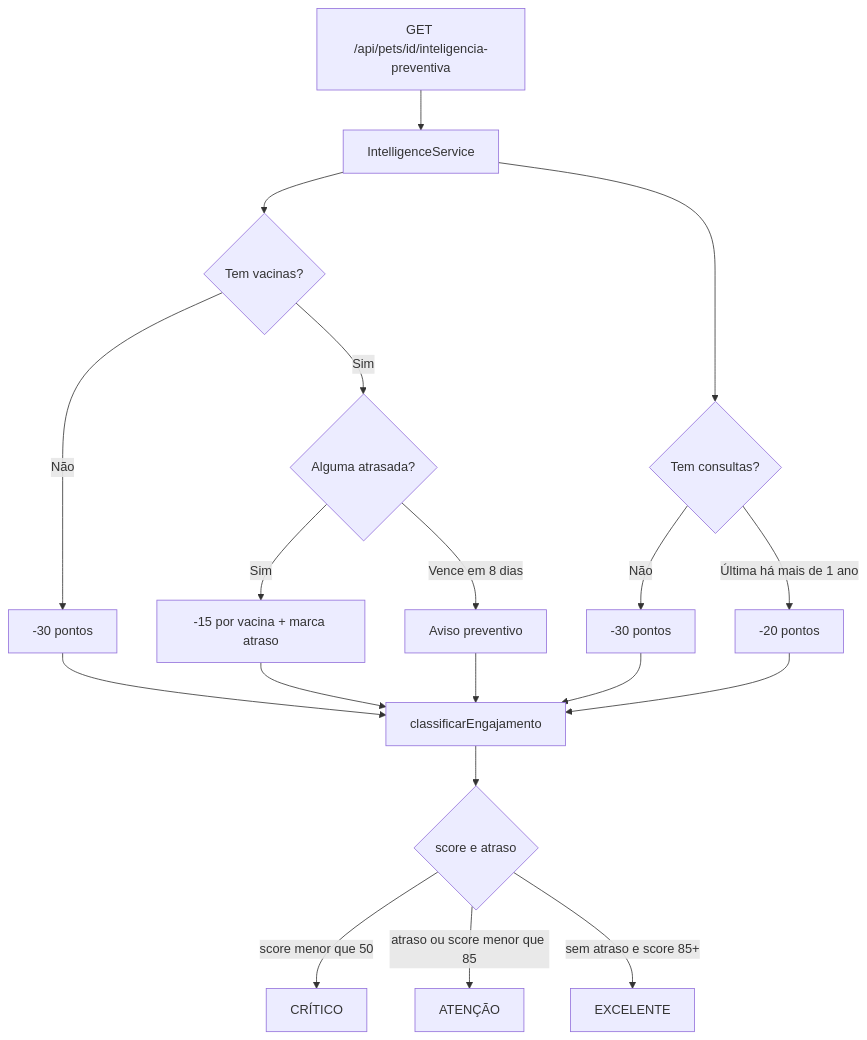
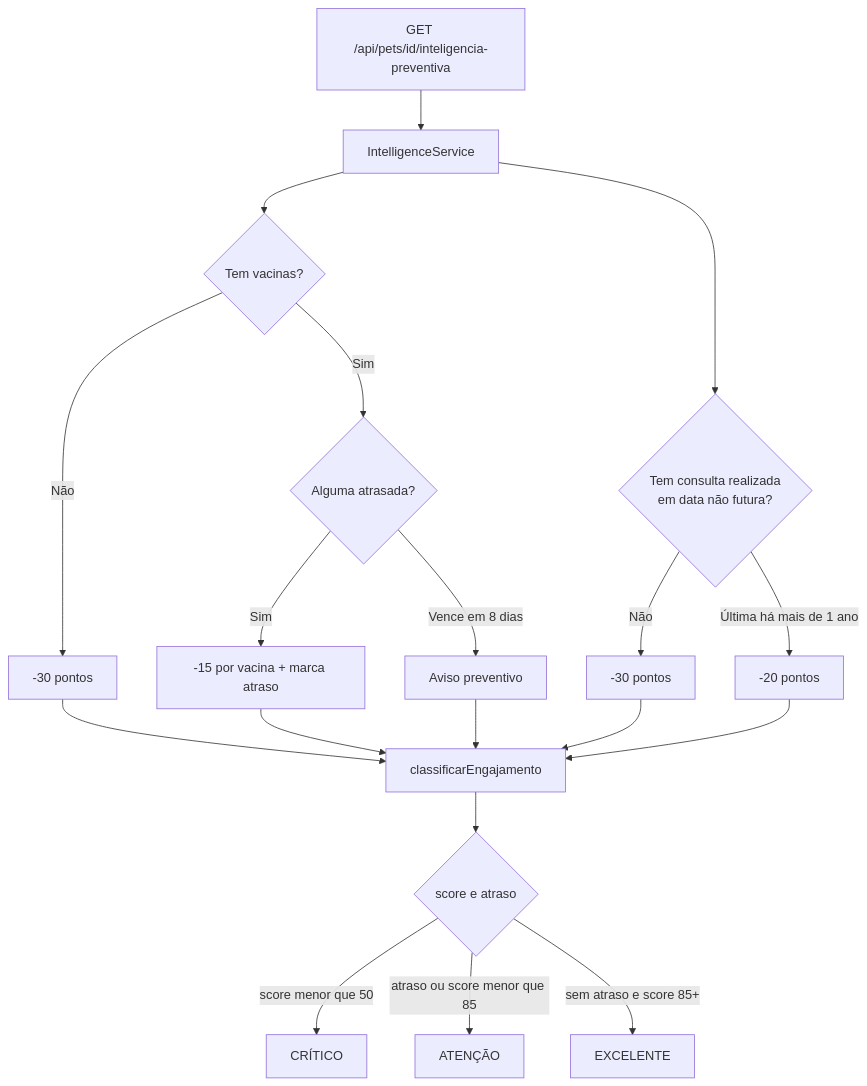
One commit to gabriel-g-dev/clyvovet-java changed the sixth of 7 diagrams in documents/diagramas.md. Above: the diagram before and after it, drawn with Mermaid. The commit also changed other lines of this file and 52 other files, not shown here.

````diff
--- a/documents/diagramas.md
+++ b/documents/diagramas.md
@@ -288,17 +291,17 @@
 ```mermaid
 flowchart TD
     A[GET /api/pets/id/inteligencia-preventiva] --> B[IntelligenceService]
     B --> C{Tem vacinas?}
     C -->|Não| C1[-30 pontos]
     C -->|Sim| C2{Alguma atrasada?}
     C2 -->|Sim| C3[-15 por vacina + marca atraso]
     C2 -->|Vence em 8 dias| C4[Aviso preventivo]
-    B --> D{Tem consultas?}
+    B --> D{Tem consulta realizada<br/>em data não futura?}
     D -->|Não| D1[-30 pontos]
     D -->|Última há mais de 1 ano| D2[-20 pontos]
     C1 & C3 & C4 & D1 & D2 --> E[classificarEngajamento]
     E --> F{score e atraso}
     F -->|score menor que 50| G[CRÍTICO]
     F -->|atraso ou score menor que 85| H[ATENÇÃO]
     F -->|sem atraso e score 85+| I[EXCELENTE]
 ```
````
